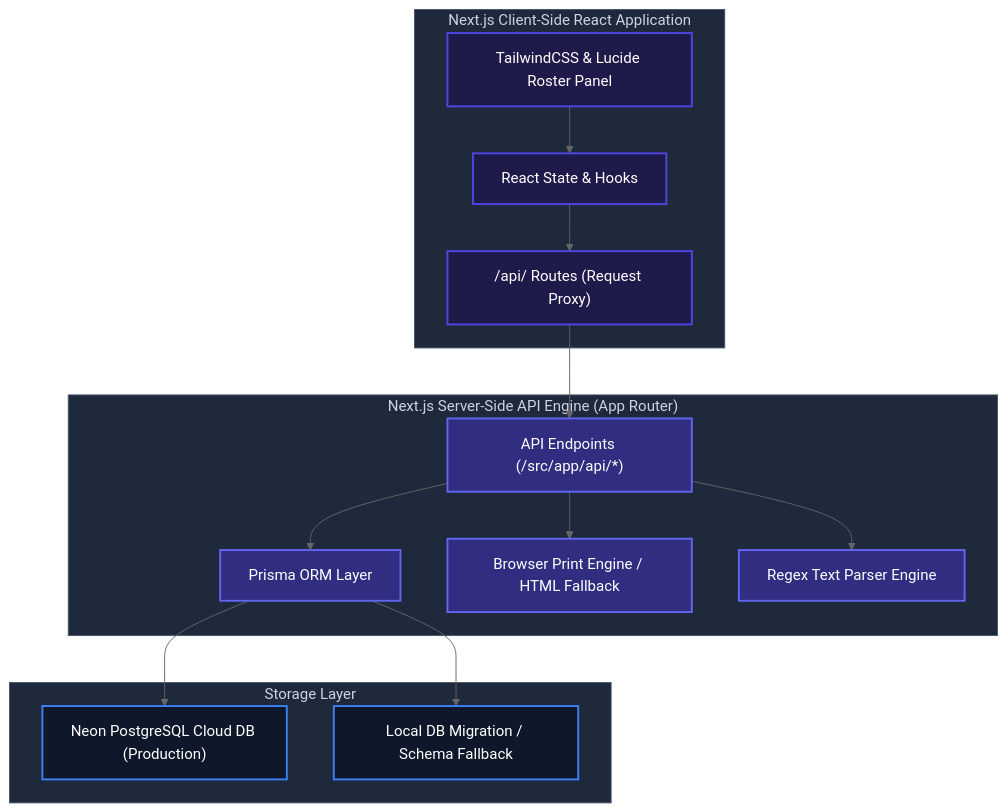
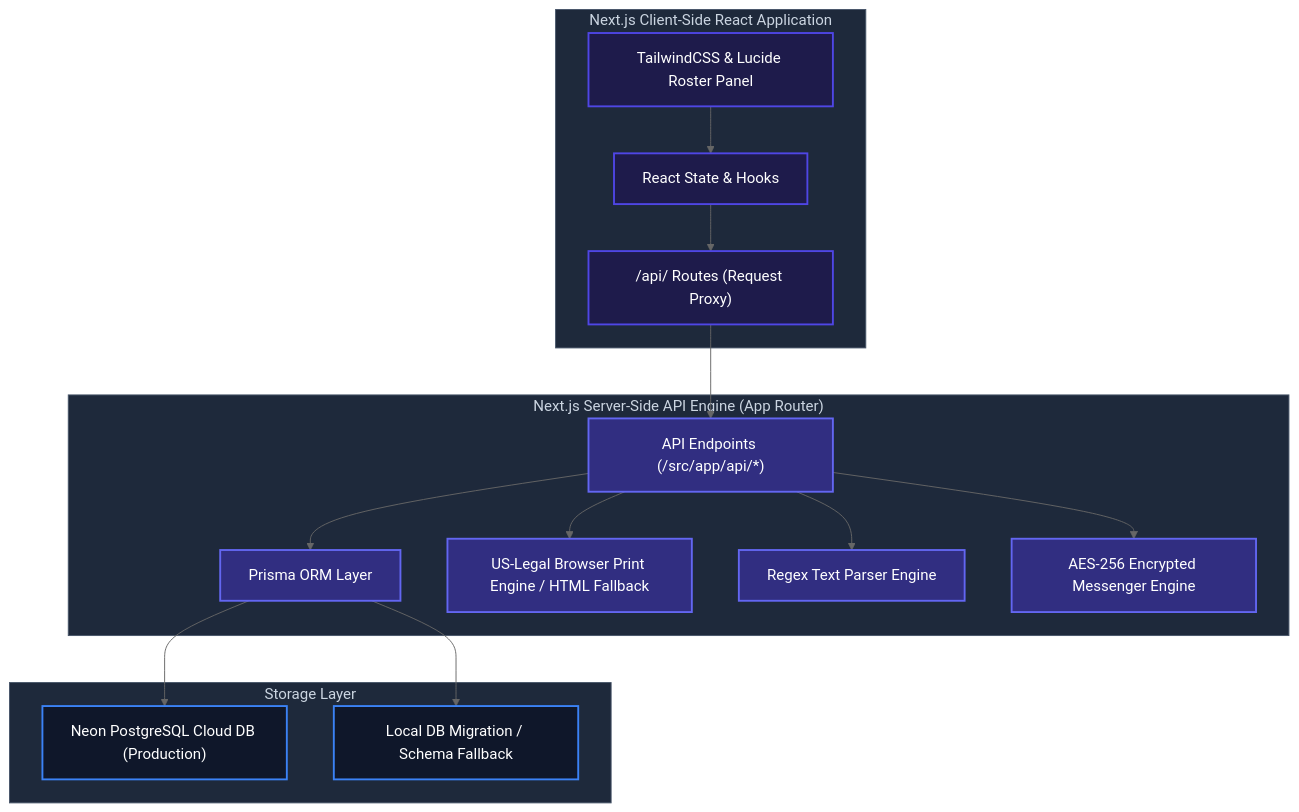
One commit to syedarifulislamemon2010/Late-Sitting-Holiday-Night-Duty changed the diagram in README.md. Above: the diagram before and after it, drawn with Mermaid (neutral theme). The commit also changed other lines of this file and 4 other files, not shown here.

Commit message:
feat: implement Closing Bill dashboard, US-Legal format printing, dynamic month selection locks, title simplifications, and scaled 10px legible printed PDF font sizes

````diff
--- a/README.md
+++ b/README.md
@@ -13,28 +13,29 @@
 ```mermaid
 graph TD
     %% Styling
     classDef client fill:#1e1b4b,stroke:#4f46e5,stroke-width:2px,color:#fff;
     classDef server fill:#312e81,stroke:#6366f1,stroke-width:2px,color:#fff;
     classDef storage fill:#0f172a,stroke:#3b82f6,stroke-width:2px,color:#fff;
     classDef box fill:#1e293b,stroke:#475569,stroke-width:1px,color:#cbd5e1;
 
     subgraph Client["Next.js Client-Side React Application"]
         UI["TailwindCSS & Lucide Roster Panel"]:::client --> State["React State & Hooks"]:::client
         State --> Proxy["/api/ Routes (Request Proxy)"]:::client
     end
 
     subgraph Server["Next.js Server-Side API Engine (App Router)"]
         Proxy --> Endpoints["API Endpoints (/src/app/api/*)"]:::server
         Endpoints --> Prisma["Prisma ORM Layer"]:::server
-        Endpoints --> PDF["Browser Print Engine / HTML Fallback"]:::server
+        Endpoints --> PDF["US-Legal Browser Print Engine / HTML Fallback"]:::server
         Endpoints --> Regex["Regex Text Parser Engine"]:::server
+        Endpoints --> Crypto["AES-256 Encrypted Messenger Engine"]:::server
     end
 
     subgraph Storage["Storage Layer"]
         Prisma --> PostgreSQL["Neon PostgreSQL Cloud DB (Production)"]:::storage
         Prisma --> LocalDB["Local DB Migration / Schema Fallback"]:::storage
     end
 
     %% Class assignments
     class Client,Server,Storage box;
 ```
````
